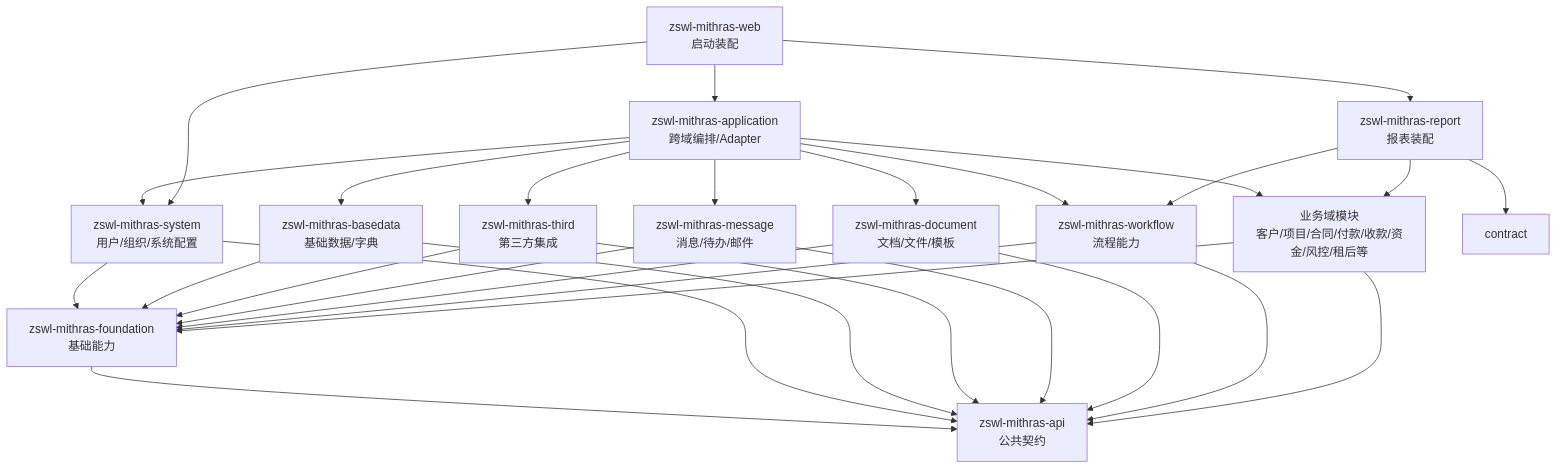
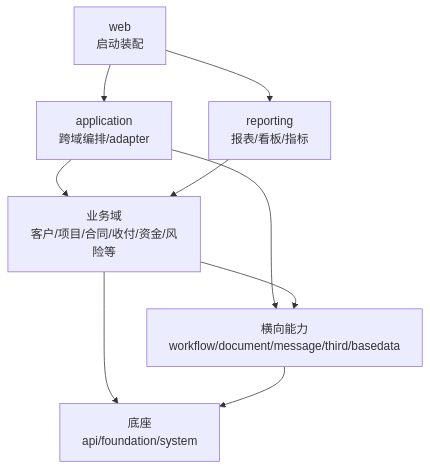
The diagram in README.md (caochun/zswl-mithras), drawn with Mermaid before and after one commit. The commit also changed other lines of this file and 2 other files, not shown here.

````diff
--- a/README.md
+++ b/README.md
@@ -25,49 +22,18 @@
 ```mermaid
 flowchart TD
-    web[zswl-mithras-web<br/>启动装配]
-    report[zswl-mithras-report<br/>报表装配]
-    app[zswl-mithras-application<br/>跨域编排/Adapter]
+    web[web<br/>启动装配]
+    application[application<br/>跨域编排/adapter]
+    reporting[reporting<br/>报表/看板/指标]
+    domains[业务域<br/>客户/项目/合同/收付/资金/风险等]
+    horizontal[横向能力<br/>workflow/document/message/third/basedata]
+    platform[底座<br/>api/foundation/system]
 
-    api[zswl-mithras-api<br/>公共契约]
-    foundation[zswl-mithras-foundation<br/>基础能力]
-    system[zswl-mithras-system<br/>用户/组织/系统配置]
-
-    workflow[zswl-mithras-workflow<br/>流程能力]
-    document[zswl-mithras-document<br/>文档/文件/模板]
-    message[zswl-mithras-message<br/>消息/待办/邮件]
-    third[zswl-mithras-third<br/>第三方集成]
-    basedata[zswl-mithras-basedata<br/>基础数据/字典]
-
-    domains[业务域模块<br/>客户/项目/合同/付款/收款/资金/风控/租后等]
-
-    web --> app
-    web --> system
-    web --> report
-    report --> workflow
-    report --> contract
-    report --> domains
-
-    app --> domains
-    app --> workflow
-    app --> document
-    app --> message
-    app --> third
-    app --> system
-    app --> basedata
-
-    domains --> api
-    domains --> foundation
-    workflow --> api
-    workflow --> foundation
-    document --> api
-    document --> foundation
-    message --> api
-    message --> foundation
-    third --> api
-    third --> foundation
-    basedata --> api
-    basedata --> foundation
-    system --> api
-    system --> foundation
-    foundation --> api
+    web --> application
+    web --> reporting
+    application --> domains
+    application --> horizontal
+    reporting --> domains
+    domains --> horizontal
+    domains --> platform
+    horizontal --> platform
 ```
````
